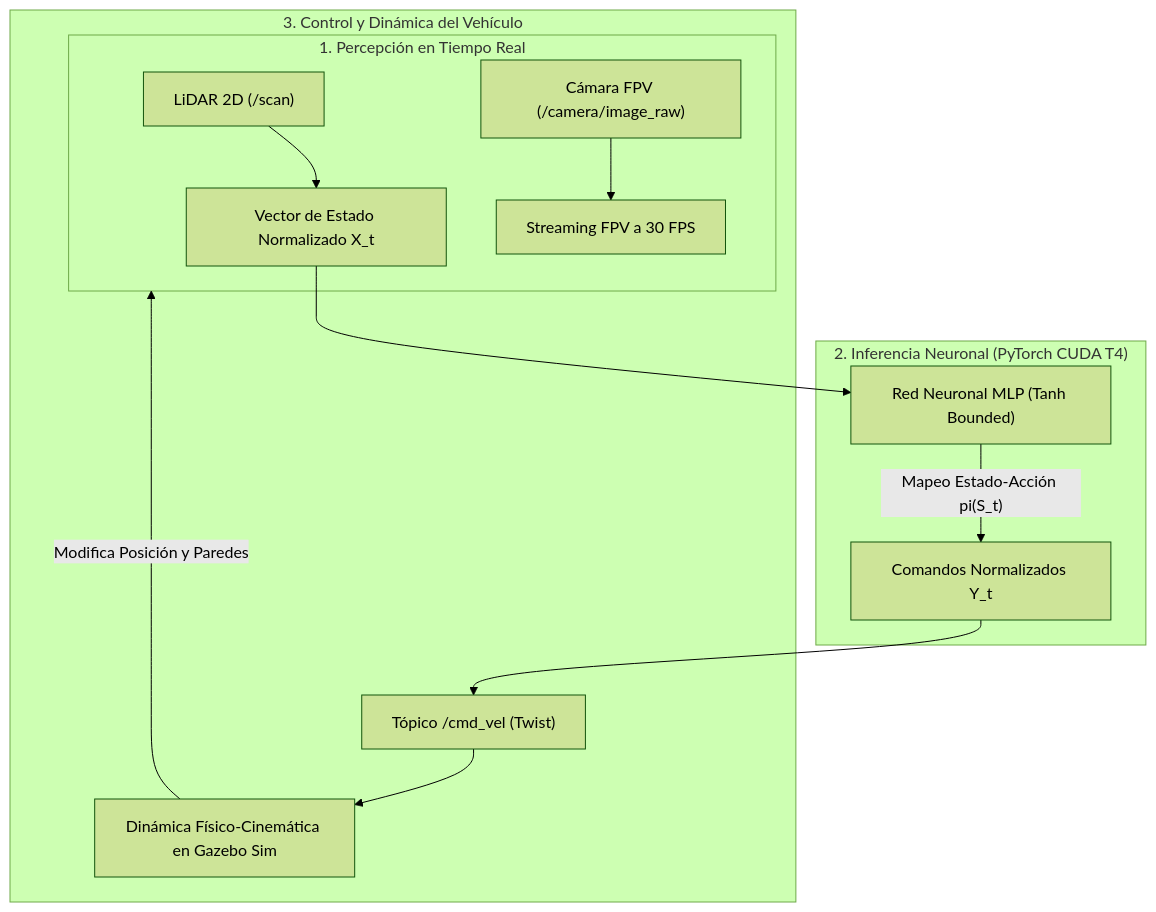
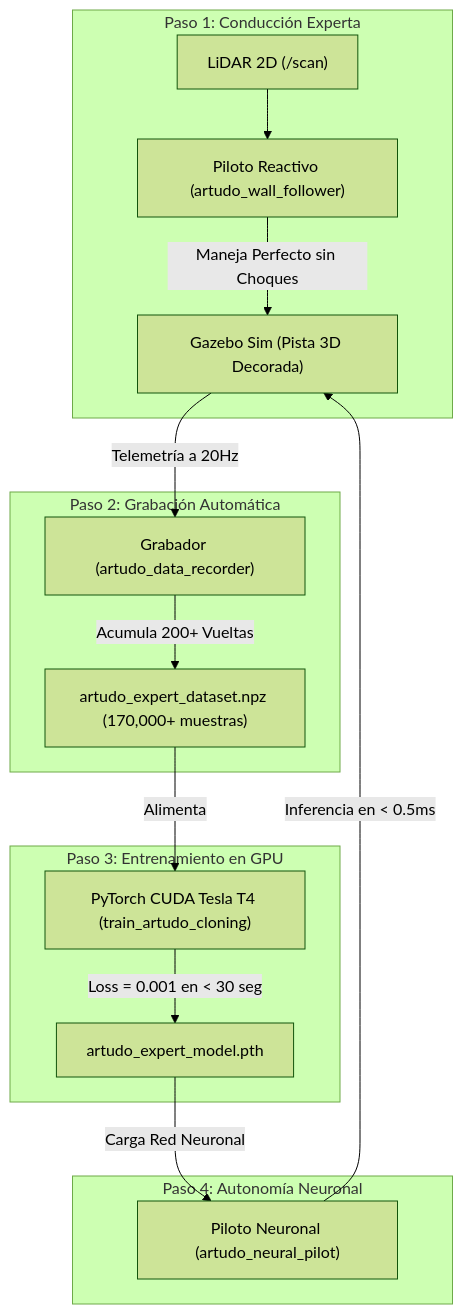
Before and after one commit to victortotoy10/robot-vision-sim: the diagram in informeTecnicoActualizado.md, drawn with Mermaid (forest theme). The commit also changed other lines of this file, not shown here.

````diff
--- a/informeTecnicoActualizado.md
+++ b/informeTecnicoActualizado.md
@@ -14,18 +22,22 @@
 ```mermaid
 graph TD
-    subgraph Sensores ["1. Percepción en Tiempo Real"]
-        LIDAR["LiDAR 2D (/scan)"] --> STATE["Vector de Estado Normalizado X_t"]
-        CAM["Cámara FPV (/camera/image_raw)"] --> FRAME["Streaming FPV a 30 FPS"]
+    subgraph Paso1 ["Paso 1: Conducción Experta"]
+        LIDAR["LiDAR 2D (/scan)"] --> WALL["Piloto Reactivo (artudo_wall_follower)"]
+        WALL -->|Maneja Perfecto sin Choques| SIM["Gazebo Sim (Pista 3D Decorada)"]
     end
 
-    subgraph Cerebro ["2. Inferencia Neuronal (PyTorch CUDA T4)"]
-        STATE --> MLP["Red Neuronal MLP (Tanh Bounded)"]
-        MLP -->|"Mapeo Estado-Acción pi(S_t)"| ACTION["Comandos Normalizados Y_t"]
+    subgraph Paso2 ["Paso 2: Grabación Automática"]
+        SIM -->|Telemetría a 20Hz| REC["Grabador (artudo_data_recorder)"]
+        REC -->|Acumula 200+ Vueltas| DATA["artudo_expert_dataset.npz (170,000+ muestras)"]
     end
 
-    subgraph Actuacion ["3. Control y Dinámica del Vehículo"]
-        ACTION --> CMD["Tópico /cmd_vel (Twist)"]
-        CMD --> GZ["Dinámica Físico-Cinemática en Gazebo Sim"]
-        GZ -->|Modifica Posición y Paredes| Sensores
+    subgraph Paso3 ["Paso 3: Entrenamiento en GPU"]
+        DATA -->|Alimenta| GPU["PyTorch CUDA Tesla T4 (train_artudo_cloning)"]
+        GPU -->|Loss = 0.001 en < 30 seg| MODEL["artudo_expert_model.pth"]
+    end
+
+    subgraph Paso4 ["Paso 4: Autonomía Neuronal"]
+        MODEL -->|Carga Red Neuronal| PILOT["Piloto Neuronal (artudo_neural_pilot)"]
+        PILOT -->|Inferencia en < 0.5ms| SIM
     end
 ```
````
